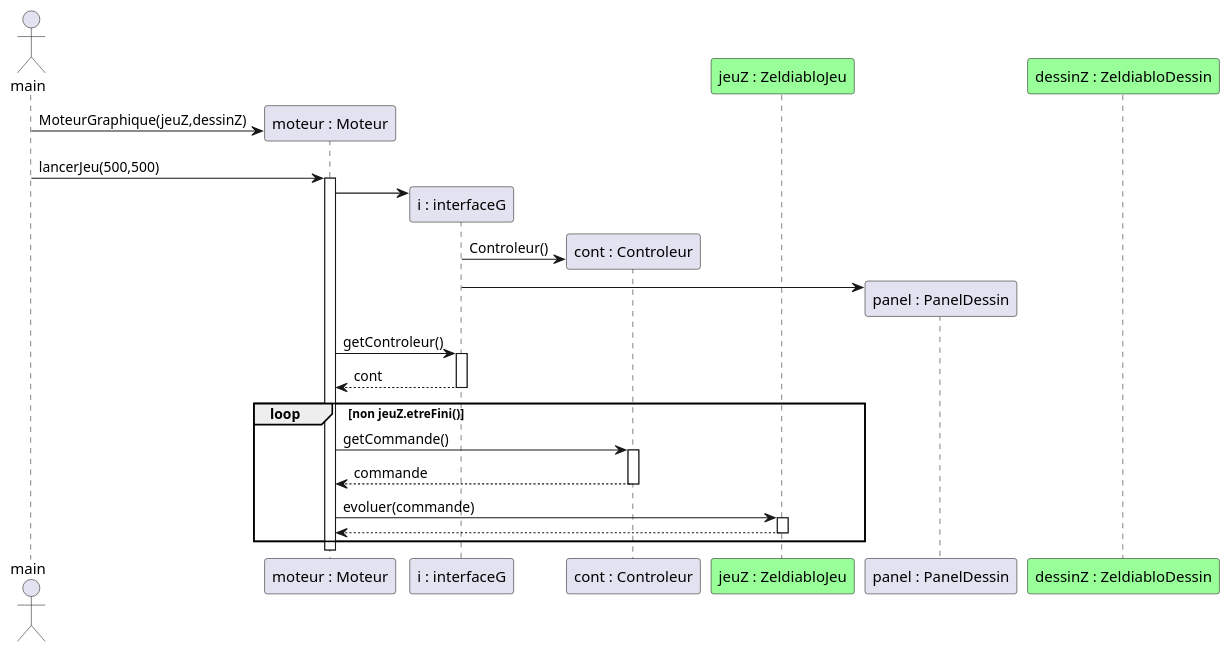
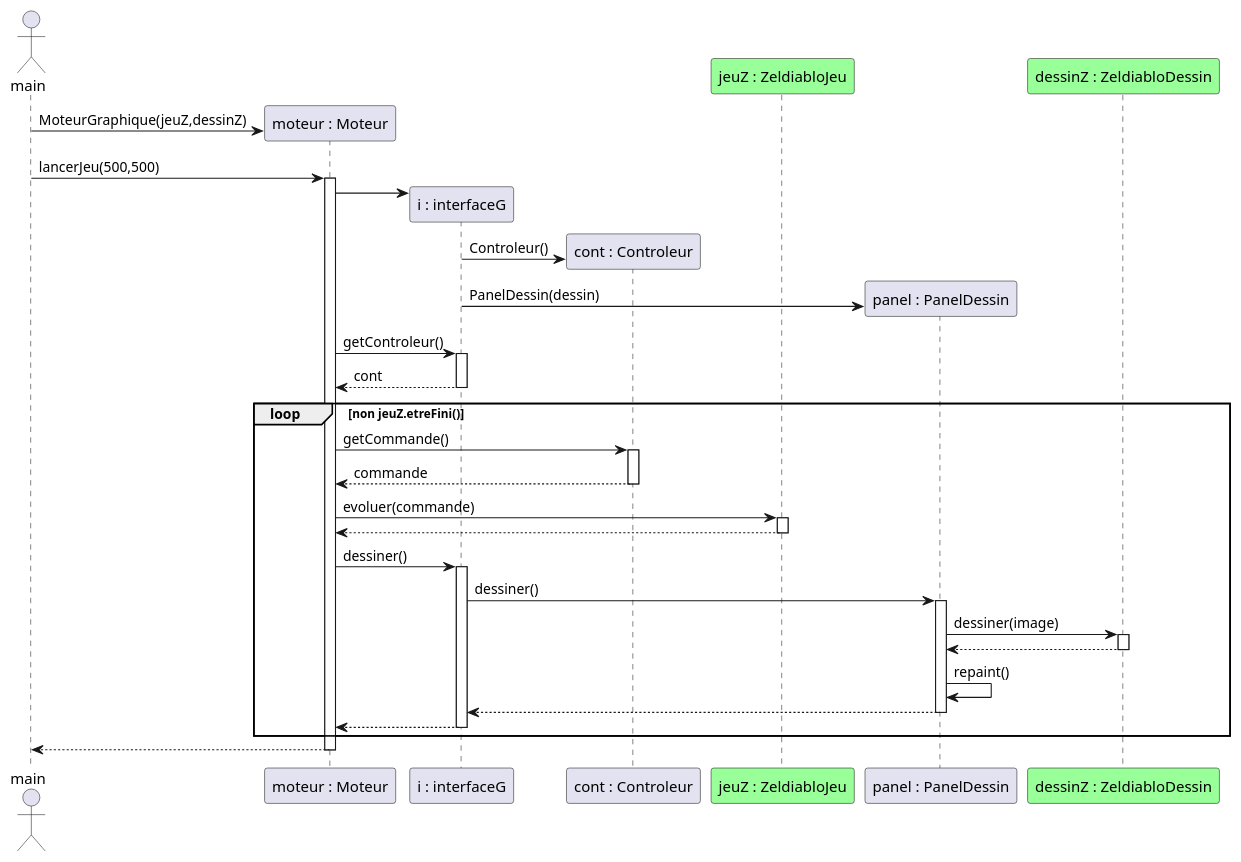
One commit to GeoffroyMuller/2018_COO_Zeldiablo changed the diagram in projet_zeldiablo/diagramme_sequence_integration_moteur.puml. Above: the diagram before and after it, drawn with PlantUML. The commit also changed 15 other files, not shown here.

```diff
--- a/projet_zeldiablo/diagramme_sequence_integration_moteur.puml
+++ b/projet_zeldiablo/diagramme_sequence_integration_moteur.puml
@@ -1,32 +1,47 @@
 @startuml
 actor main
 
 create "moteur : Moteur" as m
 main -> m : MoteurGraphique(jeuZ,dessinZ)
 main -> m : lancerJeu(500,500)
 activate m
 create "i : interfaceG" as interface
 m->interface
 create "cont : Controleur" as cont
 participant "jeuZ : ZeldiabloJeu" as zjeu #99FF99
 interface-> cont : Controleur()
 create "panel : PanelDessin" as pan
-interface->pan
+interface->pan : PanelDessin(dessin)
 m->interface : getControleur()
 activate interface
 m <-- interface : cont
 deactivate interface
 participant "dessinZ : ZeldiabloDessin" as zdessin #99FF99
 
 loop non jeuZ.etreFini()
 m->cont : getCommande()
 activate cont
 m <-- cont : commande
 deactivate cont
 m->zjeu : evoluer(commande)
 activate zjeu
 m <-- zjeu
 deactivate zjeu
+m->interface : dessiner()
+activate interface
+interface->pan : dessiner()
+activate pan
+pan -> zdessin : dessiner(image)
+activate zdessin
+pan <-- zdessin
+deactivate zdessin
+pan -> pan : repaint()
+interface <-- pan
+deactivate pan
+m<--interface
+deactivate interface
 end
+main<--m
+deactivate m
 
 @enduml
```
